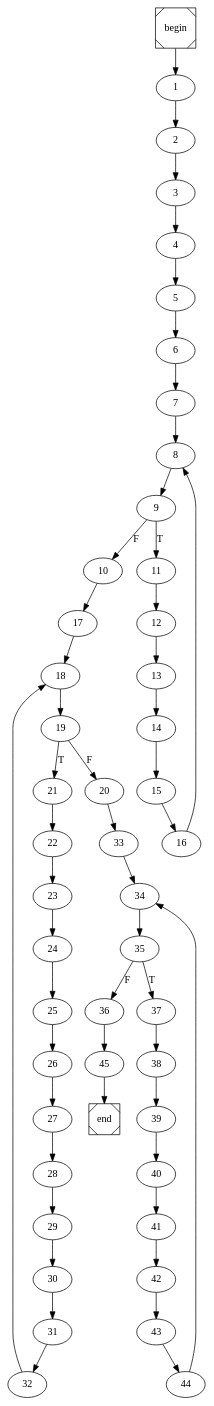
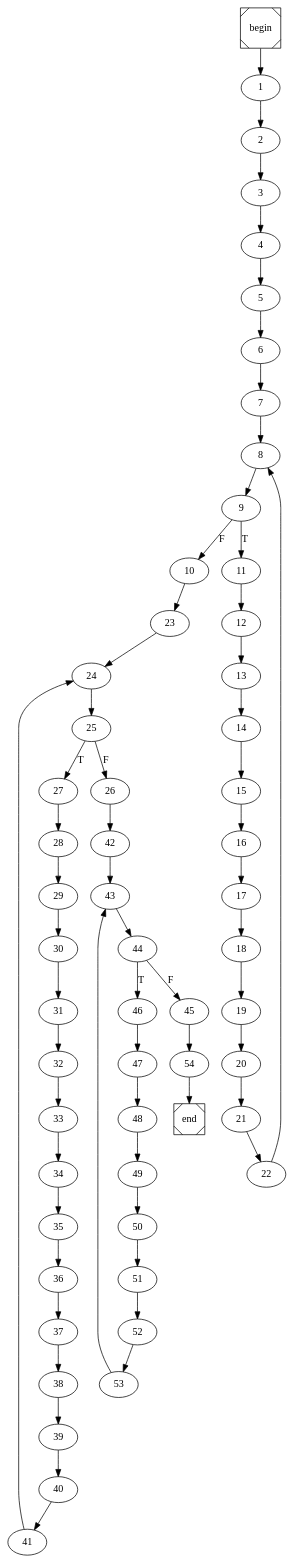
Before and after one commit to arubenruben/JMM-Compiler: the diagram in classFieldAccess.dot, drawn with Graphviz. The commit also changed 11 other files, not shown here.

```diff
--- a/classFieldAccess.dot
+++ b/classFieldAccess.dot
@@ -1,4 +1,4 @@
 digraph cfg {
 	begin [shape=Msquare];
 	end [shape=Msquare];
-	begin -> 1;	1 -> 2;	2 -> 3;	3 -> 4;	4 -> 5;	5 -> 6;	6 -> 7;	7 -> 8;	8 -> 9;	9 -> 11[label=T];	9 -> 10[label=F];	10 -> 17;	11 -> 12;	12 -> 13;	13 -> 14;	14 -> 15;	15 -> 16;	16 -> 8;	17 -> 18;	18 -> 19;	19 -> 21[label=T];	19 -> 20[label=F];	20 -> 33;	21 -> 22;	22 -> 23;	23 -> 24;	24 -> 25;	25 -> 26;	26 -> 27;	27 -> 28;	28 -> 29;	29 -> 30;	30 -> 31;	31 -> 32;	32 -> 18;	33 -> 34;	34 -> 35;	35 -> 37[label=T];	35 -> 36[label=F];	36 -> 45;	37 -> 38;	38 -> 39;	39 -> 40;	40 -> 41;	41 -> 42;	42 -> 43;	43 -> 44;	44 -> 34;	45 -> end;}
+	begin -> 1;	1 -> 2;	2 -> 3;	3 -> 4;	4 -> 5;	5 -> 6;	6 -> 7;	7 -> 8;	8 -> 9;	9 -> 11[label=T];	9 -> 10[label=F];	10 -> 23;	11 -> 12;	12 -> 13;	13 -> 14;	14 -> 15;	15 -> 16;	16 -> 17;	17 -> 18;	18 -> 19;	19 -> 20;	20 -> 21;	21 -> 22;	22 -> 8;	23 -> 24;	24 -> 25;	25 -> 27[label=T];	25 -> 26[label=F];	26 -> 42;	27 -> 28;	28 -> 29;	29 -> 30;	30 -> 31;	31 -> 32;	32 -> 33;	33 -> 34;	34 -> 35;	35 -> 36;	36 -> 37;	37 -> 38;	38 -> 39;	39 -> 40;	40 -> 41;	41 -> 24;	42 -> 43;	43 -> 44;	44 -> 46[label=T];	44 -> 45[label=F];	45 -> 54;	46 -> 47;	47 -> 48;	48 -> 49;	49 -> 50;	50 -> 51;	51 -> 52;	52 -> 53;	53 -> 43;	54 -> end;}
```
